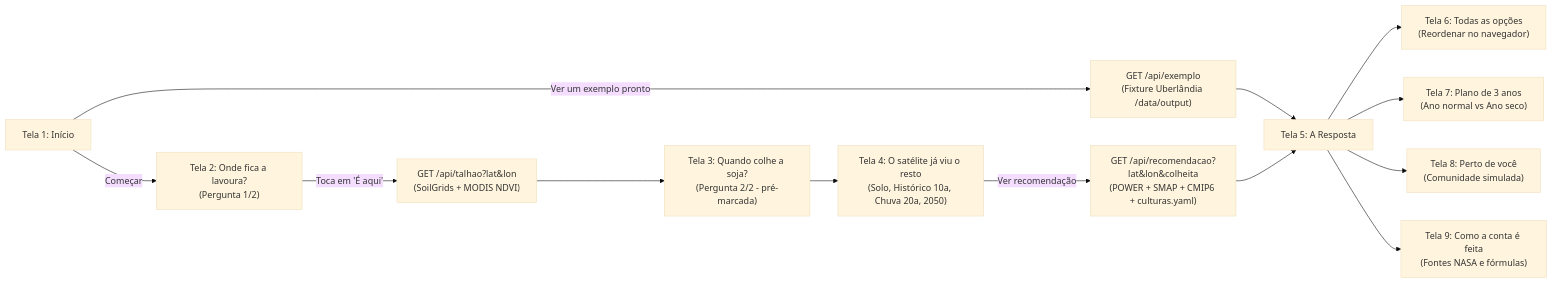
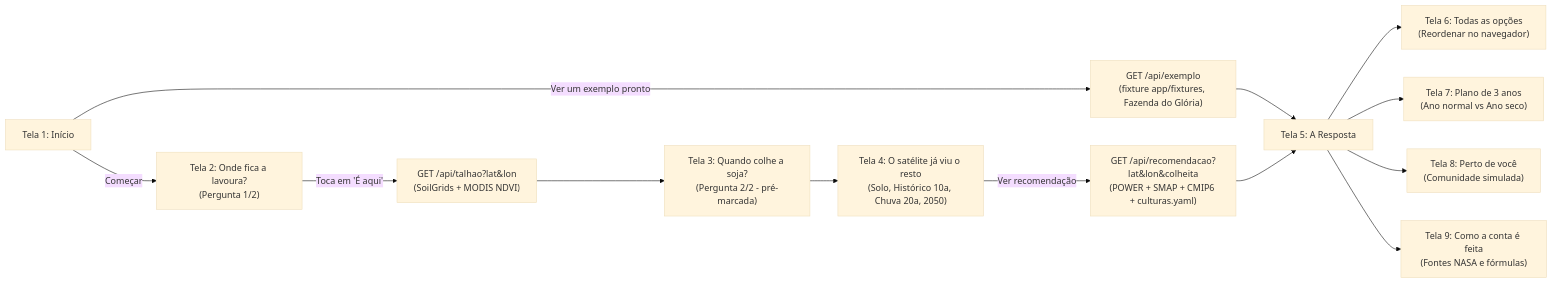
Before and after one commit to Ricardo07g/nasa-challenge: the diagram in projeto/backend/docs/historias-de-usuario.md, drawn with Mermaid (base theme). The commit also changed other lines of this file, not shown here.

````diff
--- a/projeto/backend/docs/historias-de-usuario.md
+++ b/projeto/backend/docs/historias-de-usuario.md
@@ -41,15 +43,15 @@
 ```mermaid
 flowchart LR
     T1["Tela 1: Início"] -->|"Começar"| T2["Tela 2: Onde fica a lavoura?<br/>(Pergunta 1/2)"]
-    T1 -->|"Ver um exemplo pronto"| EX["GET /api/exemplo<br/>(Fixture Uberlândia /data/output)"]
+    T1 -->|"Ver um exemplo pronto"| EX["GET /api/exemplo<br/>(fixture app/fixtures, Fazenda do Glória)"]
     EX --> T5["Tela 5: A Resposta"]
     T2 -->|"Toca em 'É aqui'"| API_TALHAO["GET /api/talhao?lat&lon<br/>(SoilGrids + MODIS NDVI)"]
     API_TALHAO --> T3["Tela 3: Quando colhe a soja?<br/>(Pergunta 2/2 - pré-marcada)"]
     T3 --> T4["Tela 4: O satélite já viu o resto<br/>(Solo, Histórico 10a, Chuva 20a, 2050)"]
     T4 -->|"Ver recomendação"| API_REC["GET /api/recomendacao?lat&lon&colheita<br/>(POWER + SMAP + CMIP6 + culturas.yaml)"]
     API_REC --> T5
     T5 --> T6["Tela 6: Todas as opções<br/>(Reordenar no navegador)"]
     T5 --> T7["Tela 7: Plano de 3 anos<br/>(Ano normal vs Ano seco)"]
     T5 --> T8["Tela 8: Perto de você<br/>(Comunidade simulada)"]
     T5 --> T9["Tela 9: Como a conta é feita<br/>(Fontes NASA e fórmulas)"]
 ```
````
